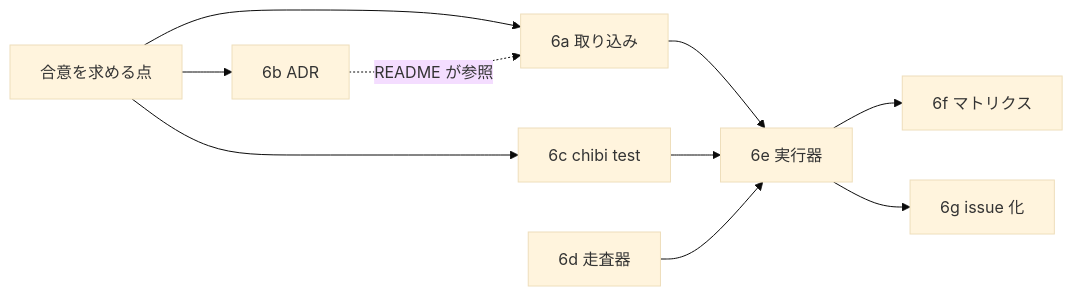
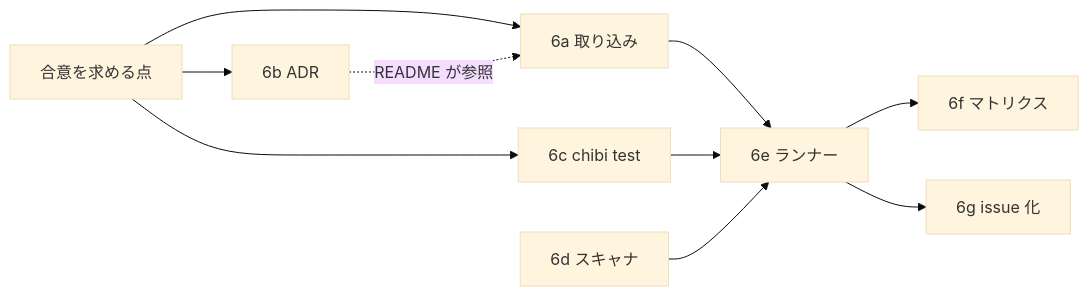
Before and after one commit to suchi/sucheme-zig: the second of 2 diagrams in docs/plans/0020-conformance-harness-early.md, drawn with Mermaid (base theme). The commit also changed other lines of this file and 40 other files, not shown here.

````diff
--- a/docs/plans/0020-conformance-harness-early.md
+++ b/docs/plans/0020-conformance-harness-early.md
@@ -291,13 +291,13 @@
 ```mermaid
 flowchart LR
     agree["合意を求める点"] --> a6["6a 取り込み"]
     agree --> b6["6b ADR"]
     agree --> c6["6c chibi test"]
-    d6["6d 走査器"]
-    a6 --> e6["6e 実行器"]
+    d6["6d スキャナ"]
+    a6 --> e6["6e ランナー"]
     c6 --> e6
     d6 --> e6
     b6 -.->|"README が参照"| a6
     e6 --> f6["6f マトリクス"]
     e6 --> g6["6g issue 化"]
 ```
````
